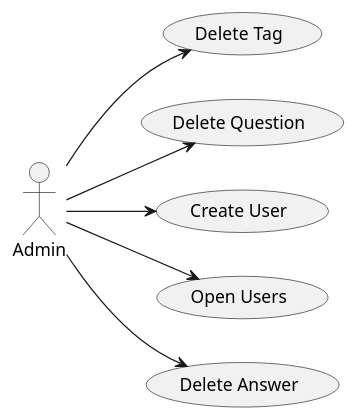
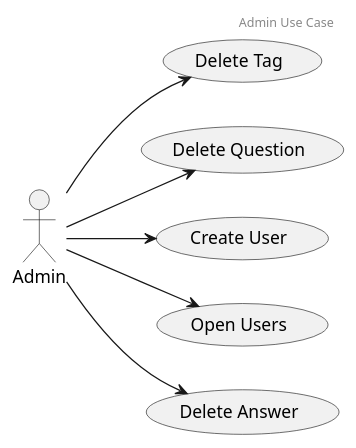
Before and after one commit to rafaelacirino/miw-backend-foro: the diagram in src/main/resources/templates/casosDeUsoAdmin.plantuml, drawn with PlantUML. The commit also changed 20 other files, not shown here.

Commit message:
adding more diagrams

```diff
--- a/src/main/resources/templates/casosDeUsoAdmin.plantuml
+++ b/src/main/resources/templates/casosDeUsoAdmin.plantuml
@@ -1,19 +1,21 @@
 @startuml
+
+header Admin Use Case
 
 actor Admin
 
 left to right direction
 
 (Delete Tag) as UC1
 (Delete Question) as UC2
 (Create User) as UC3
 (Open Users) as UC4
 (Delete Answer) as UC5
 
 Admin --> UC1
 Admin --> UC2
 Admin --> UC3
 Admin --> UC4
 Admin --> UC5
 
 @enduml
```
